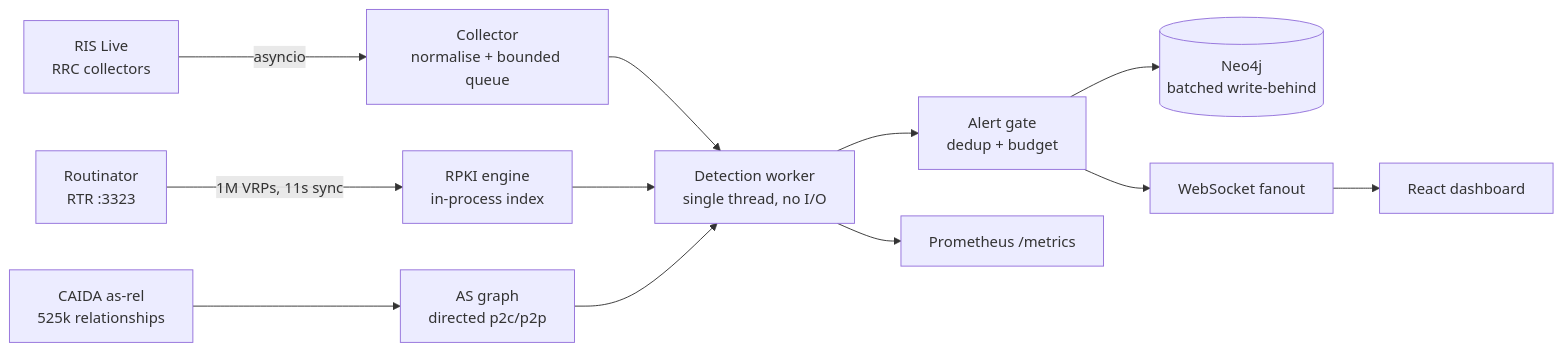
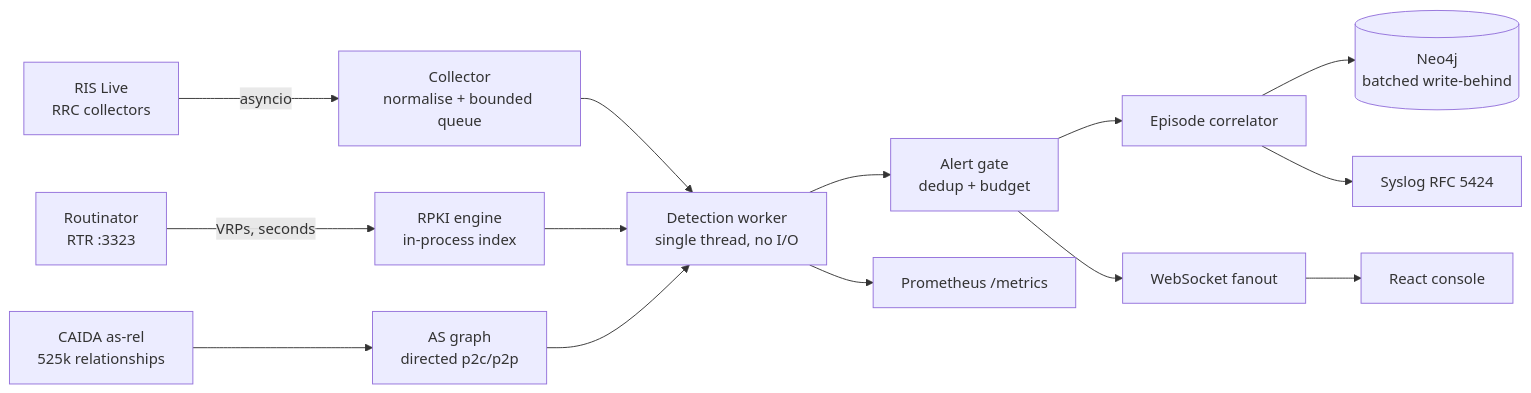
The diagram in README.md (bamit99/BGP_Monitor), drawn with Mermaid before and after one commit. The commit also changed other lines of this file and 2 other files, not shown here.

Commit message:
Rewrite README for current capabilities, with real dashboard captures

````diff
--- a/README.md
+++ b/README.md
@@ -24,14 +112,16 @@
 ```mermaid
 flowchart LR
   RIS[RIS Live<br/>RRC collectors] -->|asyncio| C[Collector<br/>normalise + bounded queue]
   C --> W[Detection worker<br/>single thread, no I/O]
-  R[Routinator<br/>RTR :3323] -->|1M VRPs, 11s sync| RPKI[RPKI engine<br/>in-process index]
+  R[Routinator<br/>RTR :3323] -->|VRPs, seconds| RPKI[RPKI engine<br/>in-process index]
   CAIDA[CAIDA as-rel<br/>525k relationships] --> G[AS graph<br/>directed p2c/p2p]
   RPKI --> W
   G --> W
   W --> Gate[Alert gate<br/>dedup + budget]
-  Gate --> N[(Neo4j<br/>batched write-behind)]
+  Gate --> E[Episode correlator]
+  E --> N[(Neo4j<br/>batched write-behind)]
+  E --> SIEM[Syslog RFC 5424]
   Gate --> WS[WebSocket fanout]
-  WS --> UI[React dashboard]
+  WS --> UI[React console]
   W --> M[Prometheus /metrics]
 ```
````
